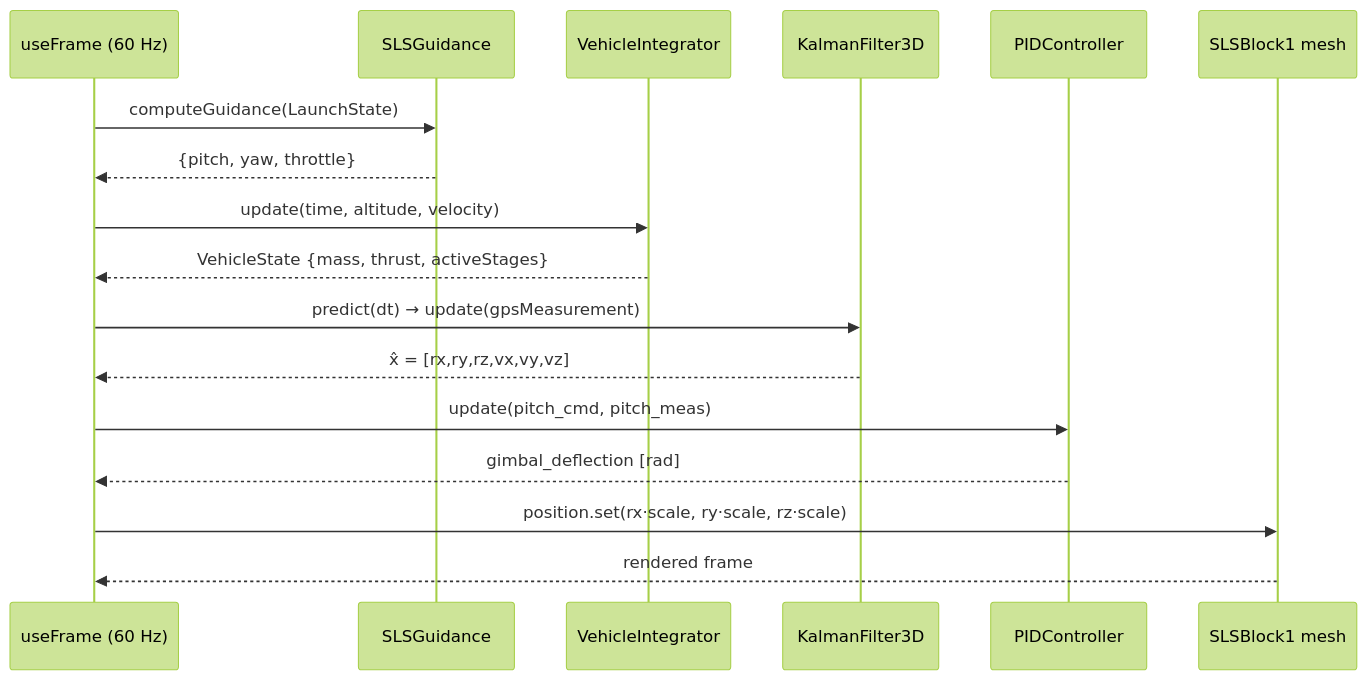
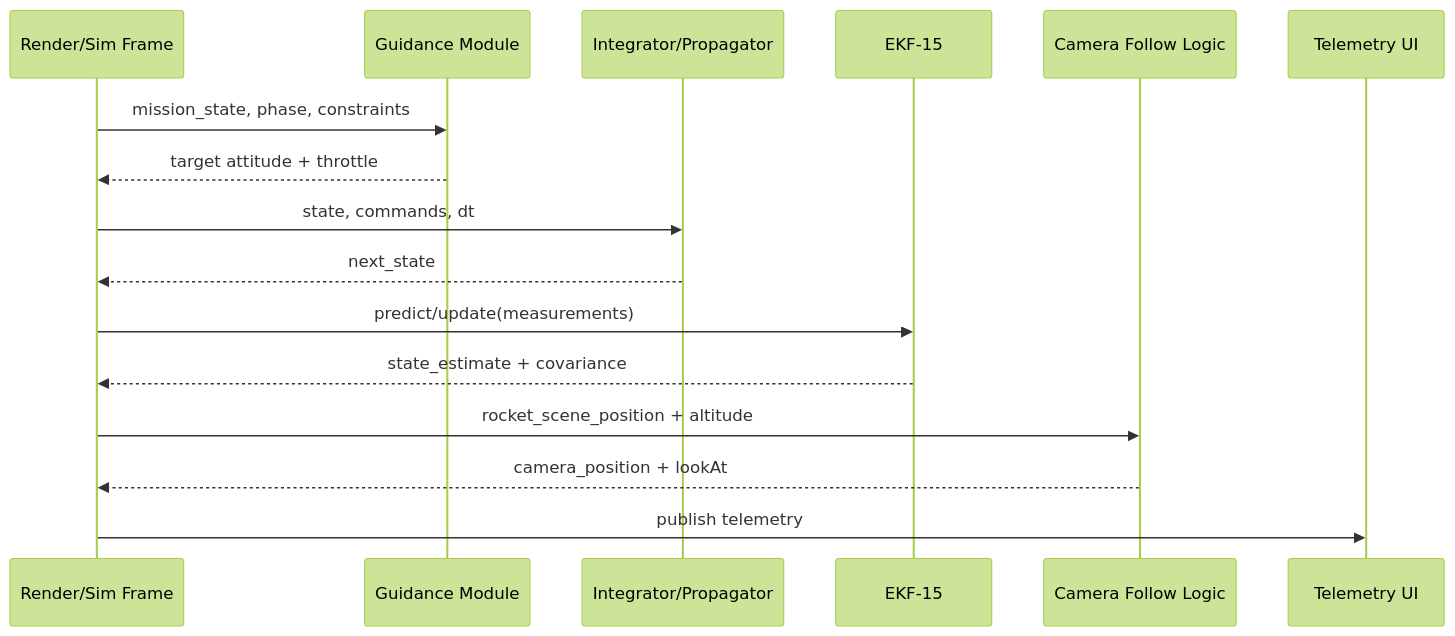
One commit to hkevin01/gnc-space-sim changed the second of 5 diagrams in README.md. Above: the diagram before and after it, drawn with Mermaid (forest theme). The commit also changed other lines of this file and 1 other file, not shown here.

Commit message:
refactor: Simplify altitude checks in launch visual behavior tests

````diff
--- a/README.md
+++ b/README.md
@@ -132,20 +139,19 @@
 ```mermaid
 sequenceDiagram
-    participant F  as useFrame (60 Hz)
-    participant G  as SLSGuidance
-    participant I  as VehicleIntegrator
-    participant K  as KalmanFilter3D
-    participant P  as PIDController
-    participant V  as SLSBlock1 mesh
+  participant Frame as Render/Sim Frame
+  participant Guidance as Guidance Module
+  participant Dynamics as Integrator/Propagator
+  participant Nav as EKF-15
+  participant Cam as Camera Follow Logic
+  participant UI as Telemetry UI
 
-    F->>G: computeGuidance(LaunchState)
-    G-->>F: {pitch, yaw, throttle}
-    F->>I: update(time, altitude, velocity)
-    I-->>F: VehicleState {mass, thrust, activeStages}
-    F->>K: predict(dt) → update(gpsMeasurement)
-    K-->>F: x̂ = [rx,ry,rz,vx,vy,vz]
-    F->>P: update(pitch_cmd, pitch_meas)
-    P-->>F: gimbal_deflection [rad]
-    F->>V: position.set(rx·scale, ry·scale, rz·scale)
-    V-->>F: rendered frame
+  Frame->>Guidance: mission_state, phase, constraints
+  Guidance-->>Frame: target attitude + throttle
+  Frame->>Dynamics: state, commands, dt
+  Dynamics-->>Frame: next_state
+  Frame->>Nav: predict/update(measurements)
+  Nav-->>Frame: state_estimate + covariance
+  Frame->>Cam: rocket_scene_position + altitude
+  Cam-->>Frame: camera_position + lookAt
+  Frame->>UI: publish telemetry
 ```
````
